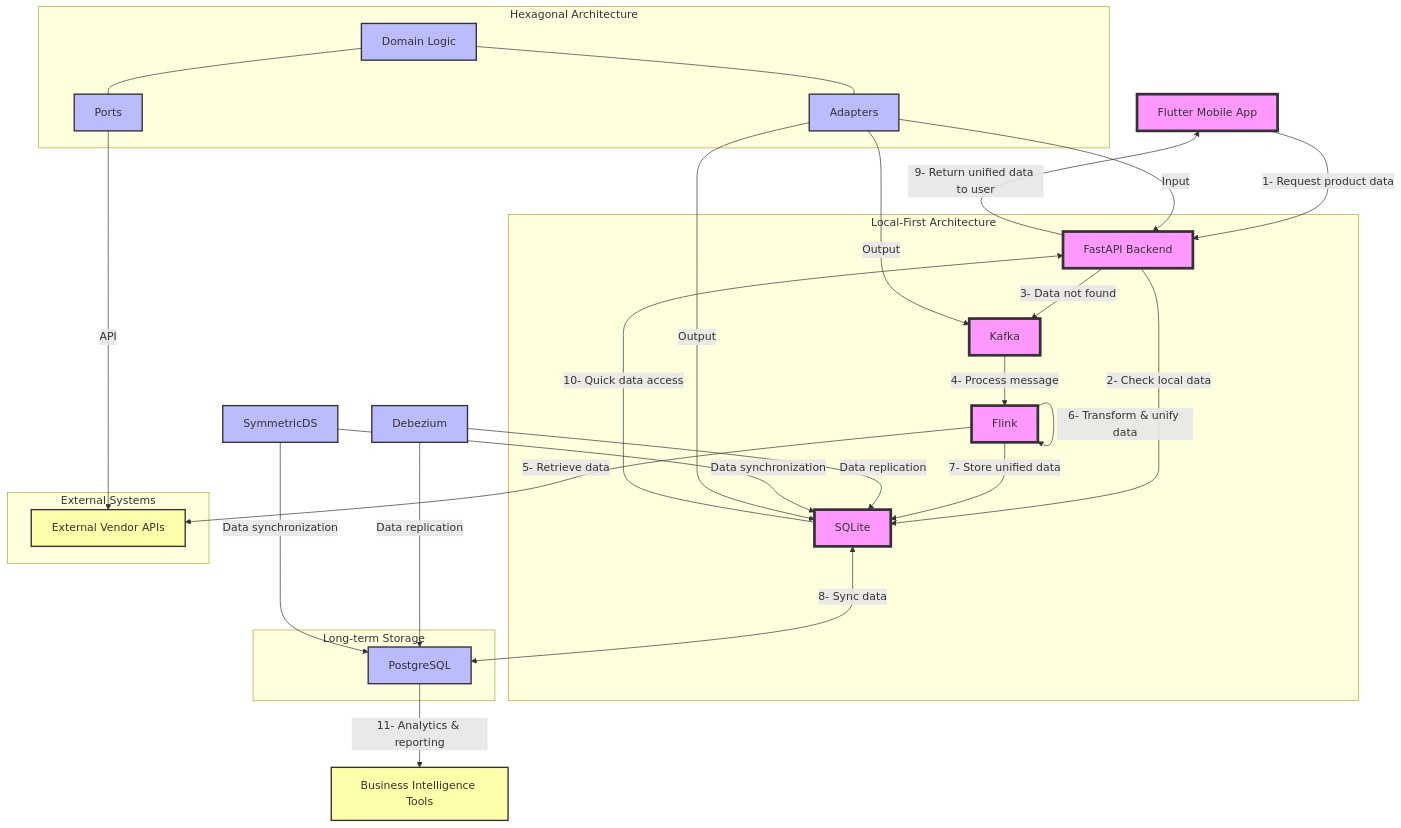
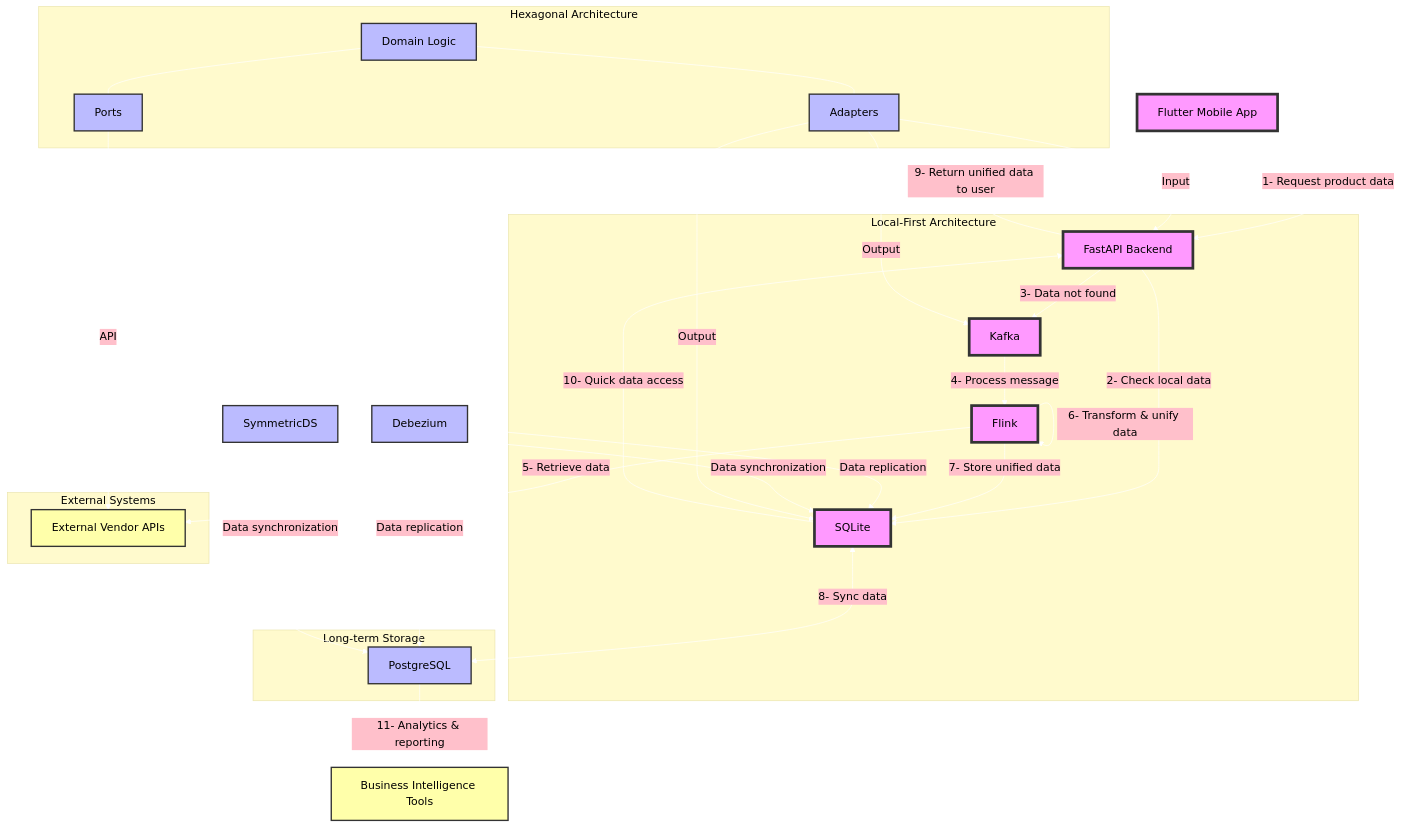
Before and after one commit to cheryiit/multivendor-catalog: the first of 2 diagrams in readme.md, drawn with Mermaid.

````diff
--- a/readme.md
+++ b/readme.md
@@ -6,59 +6,71 @@
 ```mermaid
----
-config:
-  theme: mc
----
+%%{
+  init: {
+    'theme': 'base',
+    'themeVariables': {
+      'background': '#ffffff',
+      'primaryColor': '#e6e6fa',
+      'secondaryColor': '#ffc0cb',
+      'tertiaryColor': '#fffacd',
+      'primaryTextColor': '#000000',
+      'secondaryTextColor': '#000000',
+      'tertiaryTextColor': '#000000',
+      'lineColor': '#ffffff',
+      'fontFamily': 'arial'
+    }
+  }
+}%%
 graph TD
     A[Flutter Mobile App] -->|1- Request product data| B[FastAPI Backend]
     B -->|2- Check local data| C[SQLite]
     B -->|3- Data not found| D[Kafka]
     D -->|4- Process message| E[Flink]
     E -->|5- Retrieve data| F[External Vendor APIs]
     E -->|6- Transform & unify data| E
     E -->|7- Store unified data| C
     C <-->|8- Sync data| G[PostgreSQL]
 
     subgraph "Local-First Architecture"
         B
         C
         D
         E
     end
 
     subgraph "External Systems"
         F
     end
 
     subgraph "Long-term Storage"
         G
     end
 
     H[Debezium] -->|Data replication| C
     H -->|Data replication| G
     I[SymmetricDS] -->|Data synchronization| C
     I -->|Data synchronization| G
 
     subgraph "Hexagonal Architecture"
         J[Domain Logic]
         K[Adapters]
         L[Ports]
         J --- K
         J --- L
         K -->|Input| B
         K -->|Output| C
         K -->|Output| D
         L -->|API| F
     end
 
     B -->|9- Return unified data to user| A
     C -->|10- Quick data access| B
     G -->|11- Analytics & reporting| M[Business Intelligence Tools]
 
     classDef primary fill:#f9f,stroke:#333,stroke-width:4px;
     classDef secondary fill:#bbf,stroke:#333,stroke-width:2px;
     classDef external fill:#ffa,stroke:#333,stroke-width:2px;
 
     class A,B,C,D,E primary;
     class G,H,I,J,K,L secondary;
     class F,M external;
 ```
````
